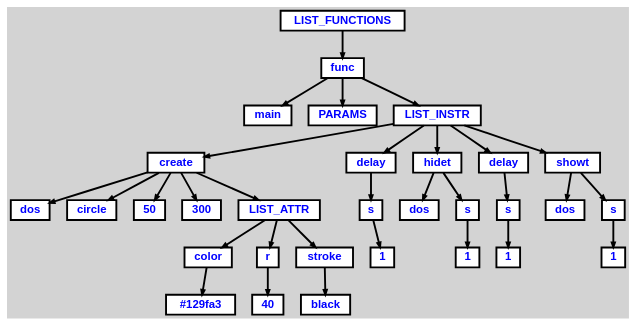
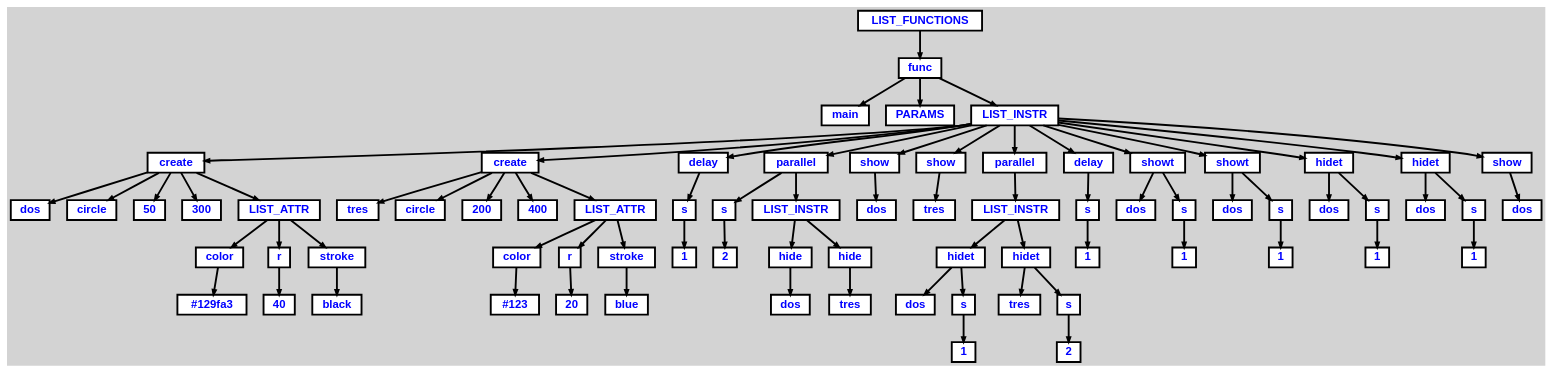
The diagram in a.dot (Outer2g/SVGAnimation), drawn with Graphviz before and after one commit. The commit also changed 8 other files, not shown here.

```diff
--- a/a.dot
+++ b/a.dot
@@ -1,87 +1,198 @@
 digraph {
 
 	ordering=out;
 	ranksep=.4;
 	bgcolor="lightgrey"; node [shape=box, fixedsize=false, fontsize=12, fontname="Helvetica-bold", fontcolor="blue"
 		width=.25, height=.25, color="black", fillcolor="white", style="filled, solid, bold"];
 	edge [arrowsize=.5, color="black", style="bold"]
 
   n0 [label="LIST_FUNCTIONS"];
   n1 [label="func"];
   n1 [label="func"];
   n2 [label="main"];
   n3 [label="PARAMS"];
   n4 [label="LIST_INSTR"];
   n4 [label="LIST_INSTR"];
   n5 [label="create"];
   n5 [label="create"];
   n6 [label="dos"];
   n7 [label="circle"];
   n8 [label="50"];
   n9 [label="300"];
   n10 [label="LIST_ATTR"];
   n10 [label="LIST_ATTR"];
   n11 [label="color"];
   n11 [label="color"];
   n12 [label="#129fa3"];
   n13 [label="r"];
   n13 [label="r"];
   n14 [label="40"];
   n15 [label="stroke"];
   n15 [label="stroke"];
   n16 [label="black"];
-  n17 [label="delay"];
-  n17 [label="delay"];
-  n18 [label="s"];
-  n18 [label="s"];
-  n19 [label="1"];
-  n20 [label="hidet"];
-  n20 [label="hidet"];
-  n21 [label="dos"];
-  n22 [label="s"];
-  n22 [label="s"];
-  n23 [label="1"];
-  n24 [label="delay"];
-  n24 [label="delay"];
-  n25 [label="s"];
-  n25 [label="s"];
-  n26 [label="1"];
-  n27 [label="showt"];
-  n27 [label="showt"];
-  n28 [label="dos"];
-  n29 [label="s"];
-  n29 [label="s"];
-  n30 [label="1"];
+  n17 [label="create"];
+  n17 [label="create"];
+  n18 [label="tres"];
+  n19 [label="circle"];
+  n20 [label="200"];
+  n21 [label="400"];
+  n22 [label="LIST_ATTR"];
+  n22 [label="LIST_ATTR"];
+  n23 [label="color"];
+  n23 [label="color"];
+  n24 [label="#123"];
+  n25 [label="r"];
+  n25 [label="r"];
+  n26 [label="20"];
+  n27 [label="stroke"];
+  n27 [label="stroke"];
+  n28 [label="blue"];
+  n29 [label="delay"];
+  n29 [label="delay"];
+  n30 [label="s"];
+  n30 [label="s"];
+  n31 [label="1"];
+  n32 [label="parallel"];
+  n32 [label="parallel"];
+  n33 [label="s"];
+  n33 [label="s"];
+  n34 [label="2"];
+  n35 [label="LIST_INSTR"];
+  n35 [label="LIST_INSTR"];
+  n36 [label="hide"];
+  n36 [label="hide"];
+  n37 [label="dos"];
+  n38 [label="hide"];
+  n38 [label="hide"];
+  n39 [label="tres"];
+  n40 [label="show"];
+  n40 [label="show"];
+  n41 [label="dos"];
+  n42 [label="show"];
+  n42 [label="show"];
+  n43 [label="tres"];
+  n44 [label="parallel"];
+  n44 [label="parallel"];
+  n45 [label="LIST_INSTR"];
+  n45 [label="LIST_INSTR"];
+  n46 [label="hidet"];
+  n46 [label="hidet"];
+  n47 [label="dos"];
+  n48 [label="s"];
+  n48 [label="s"];
+  n49 [label="1"];
+  n50 [label="hidet"];
+  n50 [label="hidet"];
+  n51 [label="tres"];
+  n52 [label="s"];
+  n52 [label="s"];
+  n53 [label="2"];
+  n54 [label="delay"];
+  n54 [label="delay"];
+  n55 [label="s"];
+  n55 [label="s"];
+  n56 [label="1"];
+  n57 [label="showt"];
+  n57 [label="showt"];
+  n58 [label="dos"];
+  n59 [label="s"];
+  n59 [label="s"];
+  n60 [label="1"];
+  n61 [label="showt"];
+  n61 [label="showt"];
+  n62 [label="dos"];
+  n63 [label="s"];
+  n63 [label="s"];
+  n64 [label="1"];
+  n65 [label="hidet"];
+  n65 [label="hidet"];
+  n66 [label="dos"];
+  n67 [label="s"];
+  n67 [label="s"];
+  n68 [label="1"];
+  n69 [label="hidet"];
+  n69 [label="hidet"];
+  n70 [label="dos"];
+  n71 [label="s"];
+  n71 [label="s"];
+  n72 [label="1"];
+  n73 [label="show"];
+  n73 [label="show"];
+  n74 [label="dos"];
 
   n0 -> n1 // "LIST_FUNCTIONS" -> "func"
   n1 -> n2 // "func" -> "main"
   n1 -> n3 // "func" -> "PARAMS"
   n1 -> n4 // "func" -> "LIST_INSTR"
   n4 -> n5 // "LIST_INSTR" -> "create"
   n5 -> n6 // "create" -> "dos"
   n5 -> n7 // "create" -> "circle"
   n5 -> n8 // "create" -> "50"
   n5 -> n9 // "create" -> "300"
   n5 -> n10 // "create" -> "LIST_ATTR"
   n10 -> n11 // "LIST_ATTR" -> "color"
   n11 -> n12 // "color" -> "#129fa3"
   n10 -> n13 // "LIST_ATTR" -> "r"
   n13 -> n14 // "r" -> "40"
   n10 -> n15 // "LIST_ATTR" -> "stroke"
   n15 -> n16 // "stroke" -> "black"
-  n4 -> n17 // "LIST_INSTR" -> "delay"
-  n17 -> n18 // "delay" -> "s"
-  n18 -> n19 // "s" -> "1"
-  n4 -> n20 // "LIST_INSTR" -> "hidet"
-  n20 -> n21 // "hidet" -> "dos"
-  n20 -> n22 // "hidet" -> "s"
-  n22 -> n23 // "s" -> "1"
-  n4 -> n24 // "LIST_INSTR" -> "delay"
-  n24 -> n25 // "delay" -> "s"
-  n25 -> n26 // "s" -> "1"
-  n4 -> n27 // "LIST_INSTR" -> "showt"
-  n27 -> n28 // "showt" -> "dos"
-  n27 -> n29 // "showt" -> "s"
-  n29 -> n30 // "s" -> "1"
+  n4 -> n17 // "LIST_INSTR" -> "create"
+  n17 -> n18 // "create" -> "tres"
+  n17 -> n19 // "create" -> "circle"
+  n17 -> n20 // "create" -> "200"
+  n17 -> n21 // "create" -> "400"
+  n17 -> n22 // "create" -> "LIST_ATTR"
+  n22 -> n23 // "LIST_ATTR" -> "color"
+  n23 -> n24 // "color" -> "#123"
+  n22 -> n25 // "LIST_ATTR" -> "r"
+  n25 -> n26 // "r" -> "20"
+  n22 -> n27 // "LIST_ATTR" -> "stroke"
+  n27 -> n28 // "stroke" -> "blue"
+  n4 -> n29 // "LIST_INSTR" -> "delay"
+  n29 -> n30 // "delay" -> "s"
+  n30 -> n31 // "s" -> "1"
+  n4 -> n32 // "LIST_INSTR" -> "parallel"
+  n32 -> n33 // "parallel" -> "s"
+  n33 -> n34 // "s" -> "2"
+  n32 -> n35 // "parallel" -> "LIST_INSTR"
+  n35 -> n36 // "LIST_INSTR" -> "hide"
+  n36 -> n37 // "hide" -> "dos"
+  n35 -> n38 // "LIST_INSTR" -> "hide"
+  n38 -> n39 // "hide" -> "tres"
+  n4 -> n40 // "LIST_INSTR" -> "show"
+  n40 -> n41 // "show" -> "dos"
+  n4 -> n42 // "LIST_INSTR" -> "show"
+  n42 -> n43 // "show" -> "tres"
+  n4 -> n44 // "LIST_INSTR" -> "parallel"
+  n44 -> n45 // "parallel" -> "LIST_INSTR"
+  n45 -> n46 // "LIST_INSTR" -> "hidet"
+  n46 -> n47 // "hidet" -> "dos"
+  n46 -> n48 // "hidet" -> "s"
+  n48 -> n49 // "s" -> "1"
+  n45 -> n50 // "LIST_INSTR" -> "hidet"
+  n50 -> n51 // "hidet" -> "tres"
+  n50 -> n52 // "hidet" -> "s"
+  n52 -> n53 // "s" -> "2"
+  n4 -> n54 // "LIST_INSTR" -> "delay"
+  n54 -> n55 // "delay" -> "s"
+  n55 -> n56 // "s" -> "1"
+  n4 -> n57 // "LIST_INSTR" -> "showt"
+  n57 -> n58 // "showt" -> "dos"
+  n57 -> n59 // "showt" -> "s"
+  n59 -> n60 // "s" -> "1"
+  n4 -> n61 // "LIST_INSTR" -> "showt"
+  n61 -> n62 // "showt" -> "dos"
+  n61 -> n63 // "showt" -> "s"
+  n63 -> n64 // "s" -> "1"
+  n4 -> n65 // "LIST_INSTR" -> "hidet"
+  n65 -> n66 // "hidet" -> "dos"
+  n65 -> n67 // "hidet" -> "s"
+  n67 -> n68 // "s" -> "1"
+  n4 -> n69 // "LIST_INSTR" -> "hidet"
+  n69 -> n70 // "hidet" -> "dos"
+  n69 -> n71 // "hidet" -> "s"
+  n71 -> n72 // "s" -> "1"
+  n4 -> n73 // "LIST_INSTR" -> "show"
+  n73 -> n74 // "show" -> "dos"
 
 }
```
